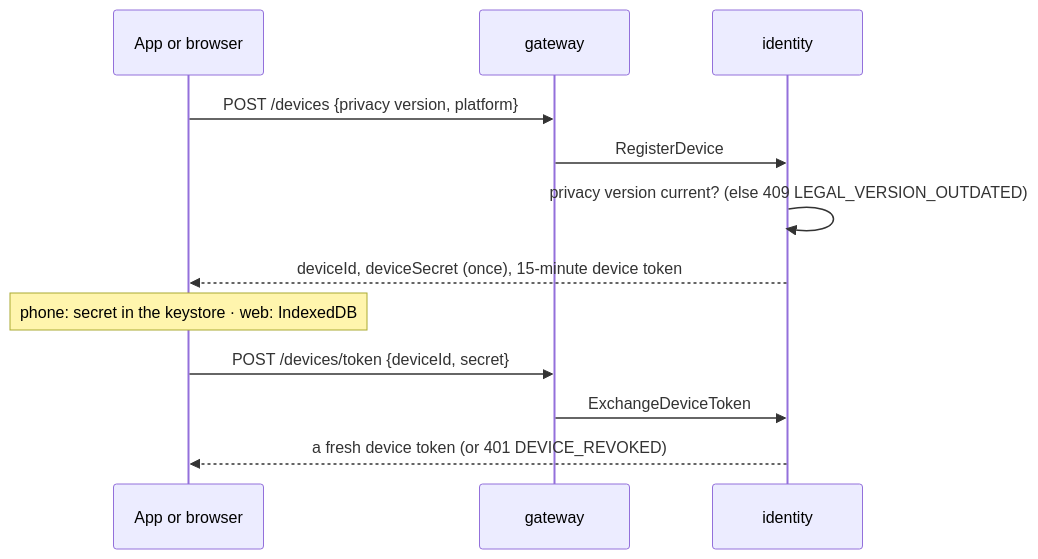
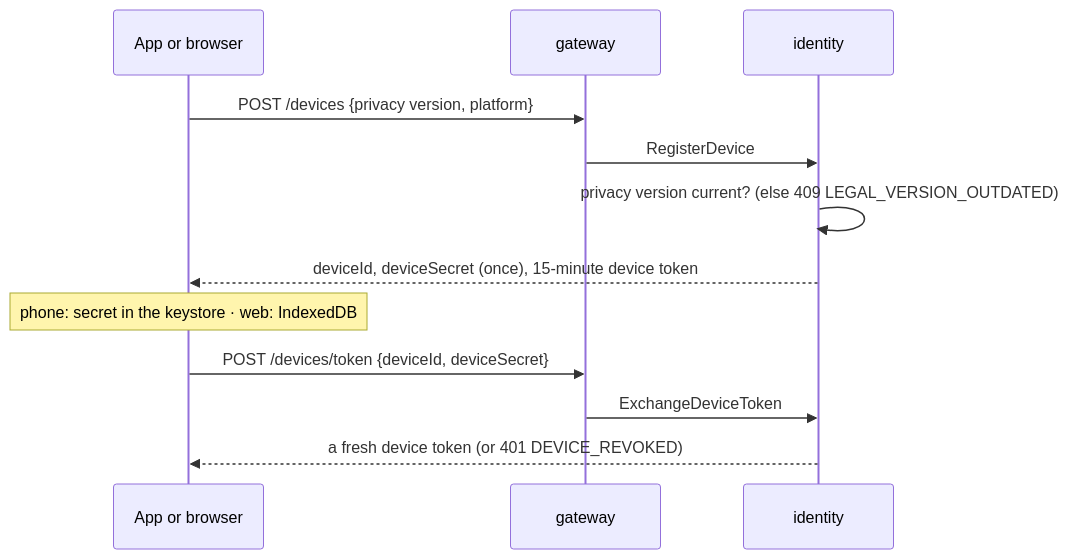
One commit to dungtq2k5/wayfare changed the second of 4 diagrams in docs/reference/flows/identity-and-sessions.md. Above: the diagram before and after it, drawn with Mermaid. The commit also changed other lines of this file and 11 other files, not shown here.

````diff
--- a/docs/reference/flows/identity-and-sessions.md
+++ b/docs/reference/flows/identity-and-sessions.md
@@ -31,14 +31,14 @@
 ```mermaid
 sequenceDiagram
   participant A as App or browser
   participant G as gateway
   participant I as identity
   A->>G: POST /devices {privacy version, platform}
   G->>I: RegisterDevice
   I->>I: privacy version current? (else 409 LEGAL_VERSION_OUTDATED)
   I-->>A: deviceId, deviceSecret (once), 15-minute device token
   Note over A: phone: secret in the keystore · web: IndexedDB
-  A->>G: POST /devices/token {deviceId, secret}
+  A->>G: POST /devices/token {deviceId, deviceSecret}
   G->>I: ExchangeDeviceToken
   I-->>A: a fresh device token (or 401 DEVICE_REVOKED)
 ```
````
